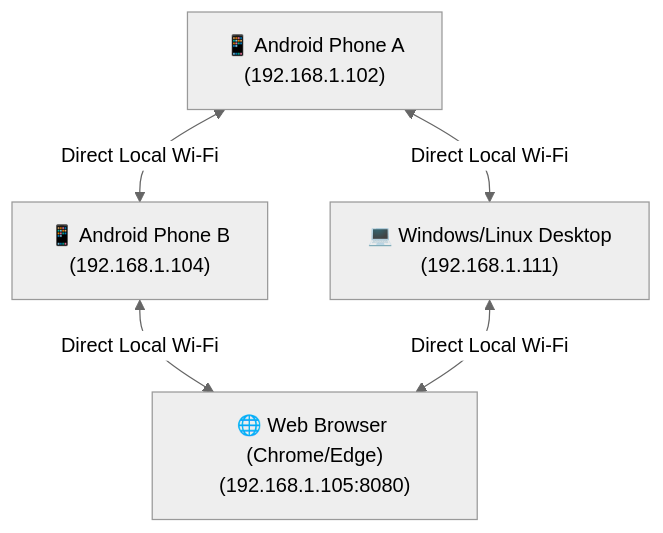
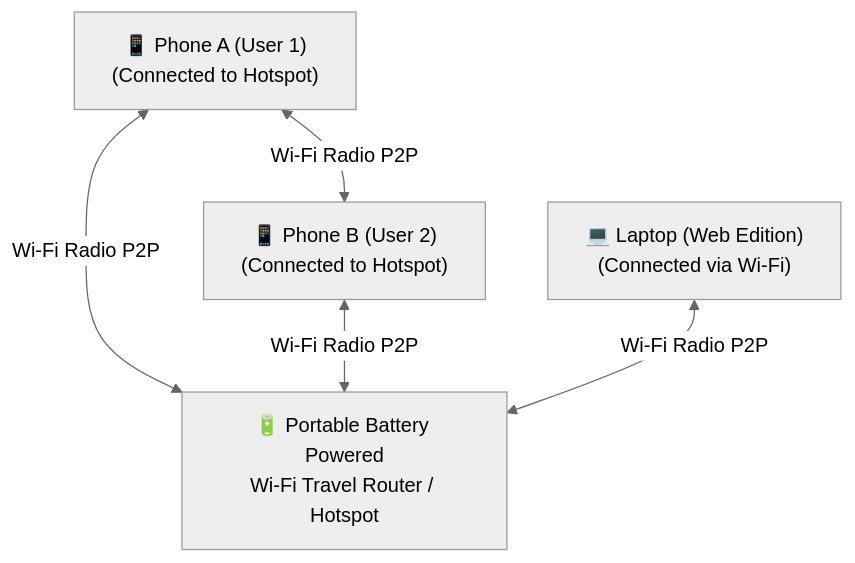
One commit to MohsinTahir4/WiFili-Messenger changed the first of 2 diagrams in README.md. Above: the diagram before and after it, drawn with Mermaid (neutral theme). The commit also changed other lines of this file, not shown here.

Commit message:
Update README: remove desktop app, focus on Android APK and Web Edition with Complete Source & Binaries, add off-grid jungle/desert setup and 5km+ Wi-Fi range extension guide

````diff
--- a/README.md
+++ b/README.md
@@ -74,7 +26,7 @@
 ```mermaid
 graph TD
-    A["📱 Android Phone A<br>(192.168.1.102)"] <-->|Direct Local Wi-Fi| B["📱 Android Phone B<br>(192.168.1.104)"]
-    A <-->|Direct Local Wi-Fi| C["💻 Windows/Linux Desktop<br>(192.168.1.111)"]
-    B <-->|Direct Local Wi-Fi| D["🌐 Web Browser (Chrome/Edge)<br>(192.168.1.105:8080)"]
-    C <-->|Direct Local Wi-Fi| D
+    A["📱 Phone A (User 1)<br>(Connected to Hotspot)"] <-->|Wi-Fi Radio P2P| B["📱 Phone B (User 2)<br>(Connected to Hotspot)"]
+    A <-->|Wi-Fi Radio P2P| C["🔋 Portable Battery Powered<br>Wi-Fi Travel Router / Hotspot"]
+    B <-->|Wi-Fi Radio P2P| C
+    D["💻 Laptop (Web Edition)<br>(Connected via Wi-Fi)"] <-->|Wi-Fi Radio P2P| C
 ```
````
